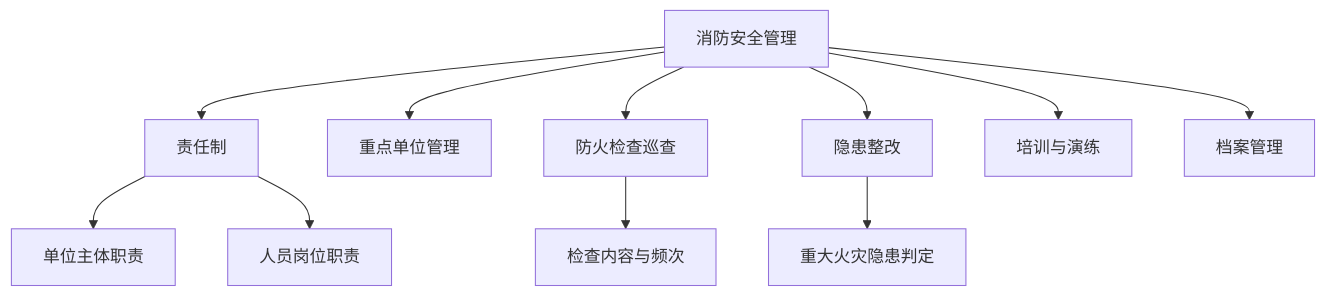
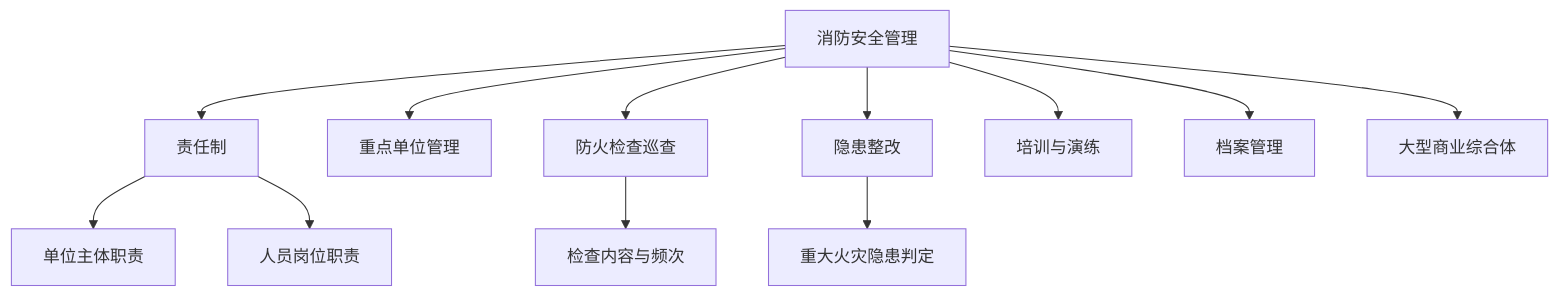
Before and after one commit to 1757010249/yixiao-exam: the diagram in knowledge-base/safety-management/overview.md, drawn with Mermaid. The commit also changed other lines of this file and 71 other files, not shown here.

First line of the commit message:
图片版OCR视觉模型重跑与知识库改进

````diff
--- a/knowledge-base/safety-management/overview.md
+++ b/knowledge-base/safety-management/overview.md
@@ -18,13 +18,14 @@
 ```mermaid
 graph TD
     A[消防安全管理] --> B[责任制]
     A --> C[重点单位管理]
     A --> D[防火检查巡查]
     A --> E[隐患整改]
     A --> F[培训与演练]
     A --> G[档案管理]
-    B --> H[单位主体职责]
-    B --> I[人员岗位职责]
-    D --> J[检查内容与频次]
-    E --> K[重大火灾隐患判定]
+    A --> H[大型商业综合体]
+    B --> I[单位主体职责]
+    B --> J[人员岗位职责]
+    D --> K[检查内容与频次]
+    E --> L[重大火灾隐患判定]
 ```
````
